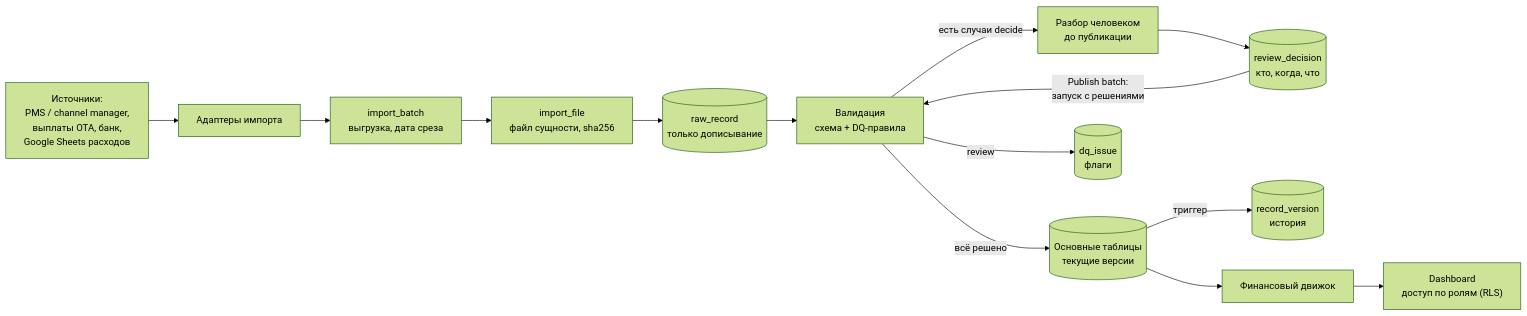
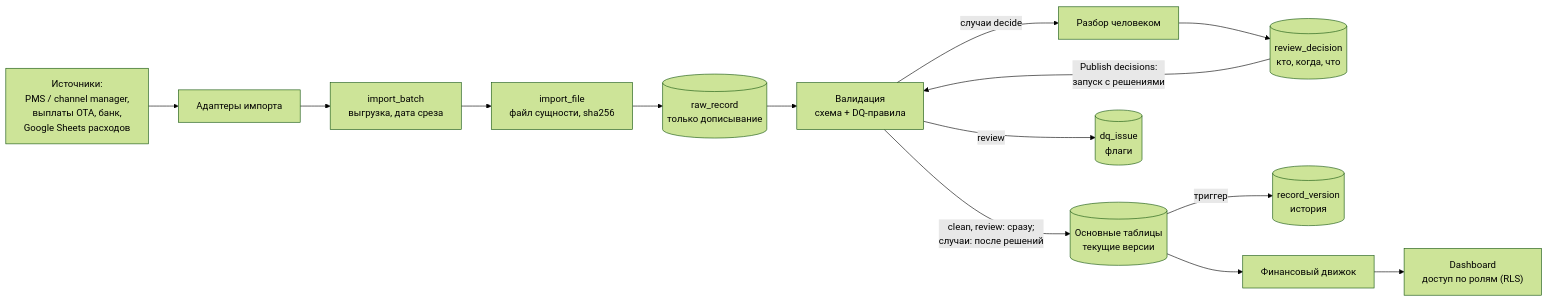
The second of 2 diagrams in docs/PLAN.md (ProjectINT/business-system), drawn with Mermaid (forest theme) before and after one commit. The commit also changed other lines of this file and 24 other files, not shown here.

First line of the commit message:
🗃️ Init database schema

````diff
--- a/docs/PLAN.md
+++ b/docs/PLAN.md
@@ -74,16 +74,16 @@
 ```mermaid
 flowchart LR
   SRC["Источники:<br/>PMS / channel manager,<br/>выплаты OTA, банк,<br/>Google Sheets расходов"] --> AD["Адаптеры импорта"]
   AD --> B["import_batch<br/>выгрузка, дата среза"]
   B --> F["import_file<br/>файл сущности, sha256"]
   F --> RAW[("raw_record<br/>только дописывание")]
   RAW --> VAL["Валидация<br/>схема + DQ-правила"]
-  VAL -->|"есть случаи decide"| REV["Разбор человеком<br/>до публикации"]
+  VAL -->|"случаи decide"| REV["Разбор человеком"]
   REV --> DEC[("review_decision<br/>кто, когда, что")]
-  DEC -->|"Publish batch:<br/>запуск с решениями"| VAL
-  VAL -->|"всё решено"| CORE[("Основные таблицы<br/>текущие версии")]
+  DEC -->|"Publish decisions:<br/>запуск с решениями"| VAL
+  VAL -->|"clean, review: сразу;<br/>случаи: после решений"| CORE[("Основные таблицы<br/>текущие версии")]
   CORE -->|"триггер"| HIST[("record_version<br/>история")]
   VAL -->|"review"| ISS[("dq_issue<br/>флаги")]
   CORE --> CALC["Финансовый движок"]
   CALC --> DASH["Dashboard<br/>доступ по ролям (RLS)"]
 ```
````
